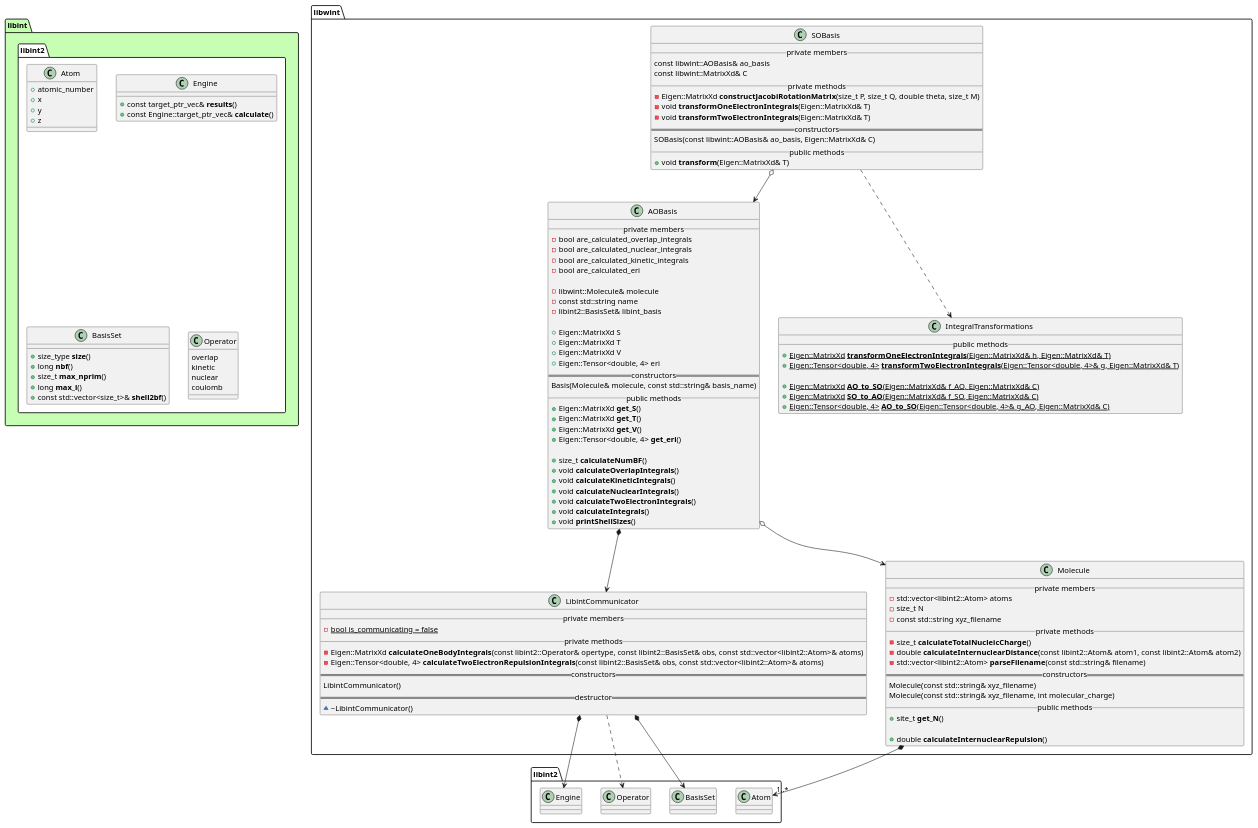
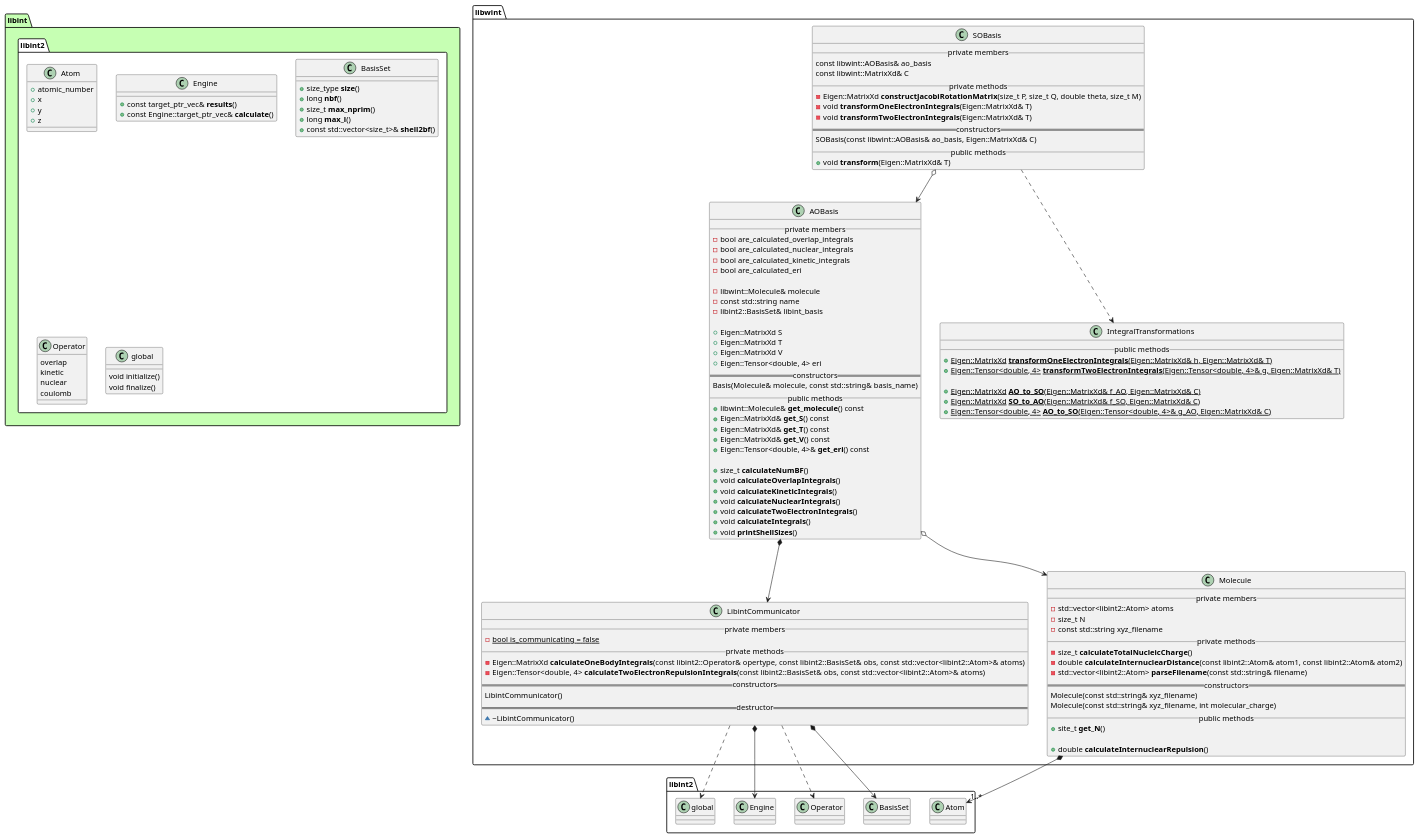
One commit to tmhuysen/libwint changed the diagram in docs/libwint.puml. Above: the diagram before and after it, drawn with PlantUML. The commit also changed 2 other files, not shown here.

```diff
--- a/docs/libwint.puml
+++ b/docs/libwint.puml
@@ -1,148 +1,155 @@
 @startuml
 
 
 
 package libint #c6ffb3 {
     namespace libint2 #ffffff {
         class Atom {
             + atomic_number
             + x
             + y
             + z
         }
 
         class Engine {
             + const target_ptr_vec& **results**()
             + const Engine::target_ptr_vec& **calculate**()
         }
 
         class BasisSet {
             + size_type **size**()
             + long **nbf**()
             + size_t **max_nprim**()
             + long **max_l**()
             + const std::vector<size_t>& **shell2bf**()
         }
 
         class Operator {
             overlap
             kinetic
             nuclear
             coulomb
         }
+
+        class global {
+            void initialize()
+            void finalize()
+        }
     }
 }
 
 
 
 
 namespace libwint {
 
     class AOBasis {
         __ private members __
             - bool are_calculated_overlap_integrals
             - bool are_calculated_nuclear_integrals
             - bool are_calculated_kinetic_integrals
             - bool are_calculated_eri
 
             - libwint::Molecule& molecule
             - const std::string name
             - libint2::BasisSet& libint_basis
 
             + Eigen::MatrixXd S
             + Eigen::MatrixXd T
             + Eigen::MatrixXd V
             + Eigen::Tensor<double, 4> eri
         == constructors ==
             Basis(Molecule& molecule, const std::string& basis_name)
         __ public methods __
-            + Eigen::MatrixXd **get_S**()
-            + Eigen::MatrixXd **get_T**()
-            + Eigen::MatrixXd **get_V**()
-            + Eigen::Tensor<double, 4> **get_eri**()
+            + libwint::Molecule& **get_molecule**() const
+            + Eigen::MatrixXd& **get_S**() const
+            + Eigen::MatrixXd& **get_T**() const
+            + Eigen::MatrixXd& **get_V**() const
+            + Eigen::Tensor<double, 4>& **get_eri**() const
 
             + size_t **calculateNumBF**()
             + void **calculateOverlapIntegrals**()
             + void **calculateKineticIntegrals**()
             + void **calculateNuclearIntegrals**()
             + void **calculateTwoElectronIntegrals**()
             + void **calculateIntegrals**()
             + void **printShellSizes**()
     }
 
 
     class SOBasis {
         __ private members __
             const libwint::AOBasis& ao_basis
             const libwint::MatrixXd& C
         __ private methods __
             - Eigen::MatrixXd **constructJacobiRotationMatrix**(size_t P, size_t Q, double theta, size_t M)
             - void **transformOneElectronIntegrals**(Eigen::MatrixXd& T)
             - void **transformTwoElectronIntegrals**(Eigen::MatrixXd& T)
         == constructors ==
             SOBasis(const libwint::AOBasis& ao_basis, Eigen::MatrixXd& C)
         __ public methods __
             + void **transform**(Eigen::MatrixXd& T)
     }
 
 
     class IntegralTransformations {
         __ public methods __
             + {static} Eigen::MatrixXd **transformOneElectronIntegrals**(Eigen::MatrixXd& h, Eigen::MatrixXd& T)
             + {static} Eigen::Tensor<double, 4> **transformTwoElectronIntegrals**(Eigen::Tensor<double, 4>& g, Eigen::MatrixXd& T)
 
             + {static} Eigen::MatrixXd **AO_to_SO**(Eigen::MatrixXd& f_AO, Eigen::MatrixXd& C)
             + {static} Eigen::MatrixXd **SO_to_AO**(Eigen::MatrixXd& f_SO, Eigen::MatrixXd& C)
             + {static} Eigen::Tensor<double, 4> **AO_to_SO**(Eigen::Tensor<double, 4>& g_AO, Eigen::MatrixXd& C)
     }
 
 
     class LibintCommunicator {
         __ private members __
             - {static} bool is_communicating = false
         __ private methods __
             - Eigen::MatrixXd **calculateOneBodyIntegrals**(const libint2::Operator& opertype, const libint2::BasisSet& obs, const std::vector<libint2::Atom>& atoms)
             - Eigen::Tensor<double, 4> **calculateTwoElectronRepulsionIntegrals**(const libint2::BasisSet& obs, const std::vector<libint2::Atom>& atoms)
         == constructors ==
             LibintCommunicator()
         == destructor ==
             ~ ~LibintCommunicator()
     }
 
 
     class Molecule {
         __ private members __
             - std::vector<libint2::Atom> atoms
             - size_t N
             - const std::string xyz_filename
         __ private methods __
             - size_t **calculateTotalNucleicCharge**()
             - double **calculateInternuclearDistance**(const libint2::Atom& atom1, const libint2::Atom& atom2)
             - std::vector<libint2::Atom> **parseFilename**(const std::string& filename)
         == constructors ==
             Molecule(const std::string& xyz_filename)
             Molecule(const std::string& xyz_filename, int molecular_charge)
         __ public methods __
             + site_t **get_N**()
 
             + double **calculateInternuclearRepulsion**()
     }
 
 }
 
 
 
 libwint.AOBasis o--> libwint.Molecule
 libwint.AOBasis *--> libwint.LibintCommunicator
 
 libwint.LibintCommunicator *--> libint2.BasisSet
 libwint.LibintCommunicator ..> libint2.Operator
 libwint.LibintCommunicator *--> libint2.Engine
+libwint.LibintCommunicator ..> libint2.global
 
 libwint.Molecule *--> "1..*" libint2.Atom
 
 libwint.SOBasis ..> libwint.IntegralTransformations
 libwint.SOBasis o--> libwint.AOBasis
 
 
 @enduml
```
